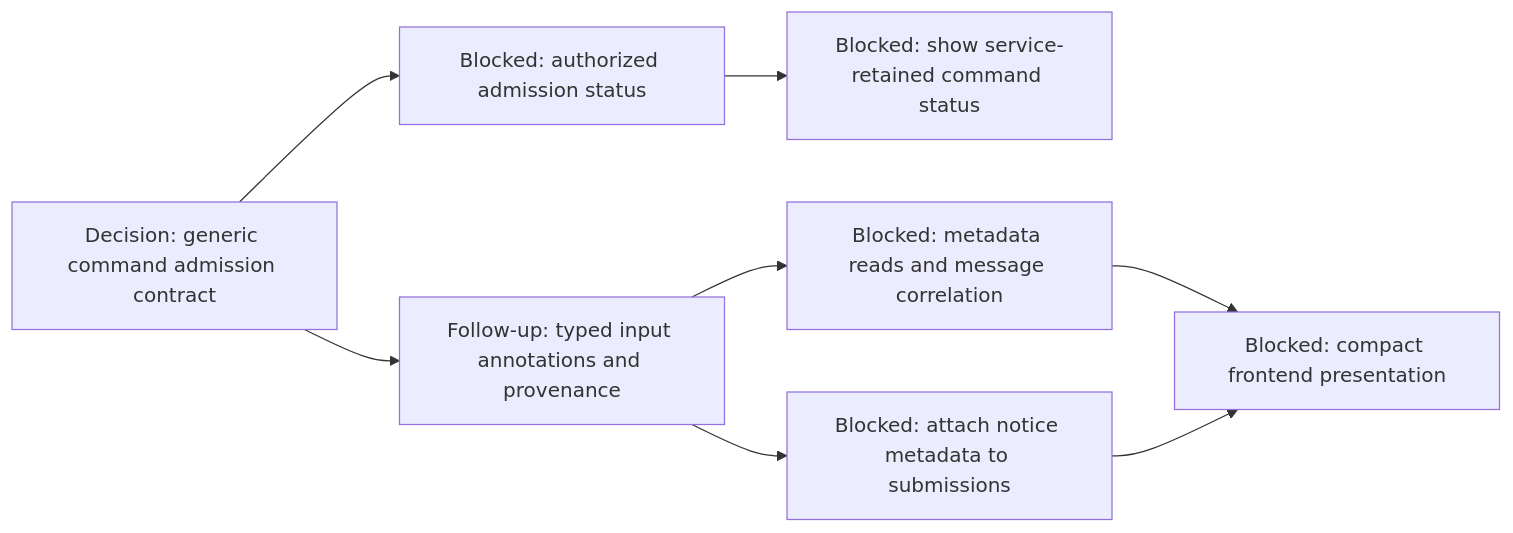
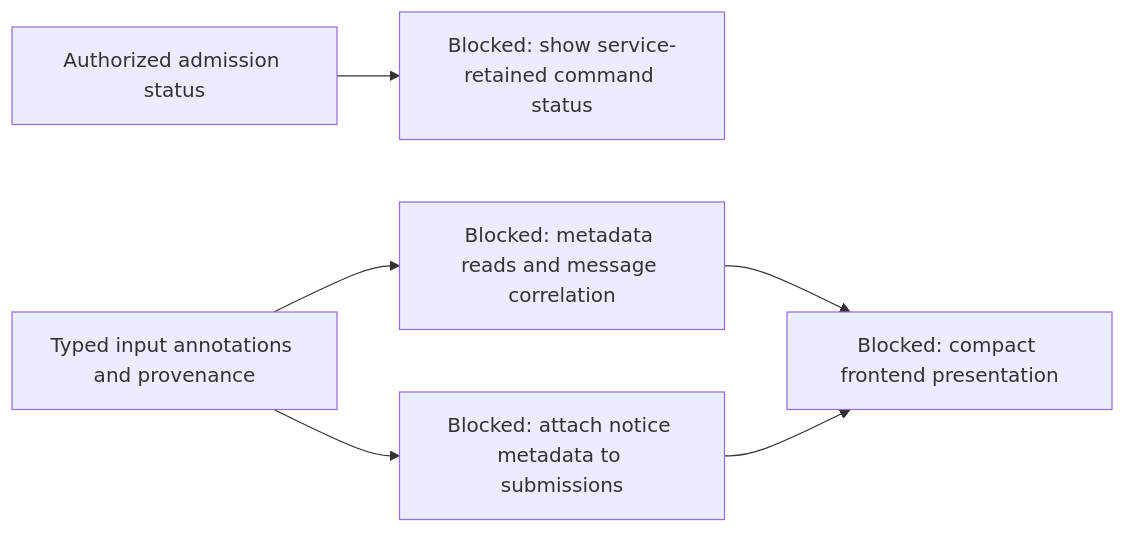
One commit to agentydragon-agent/ducktape changed the second of 11 diagrams in agentplane/plans/task_dag.md. Above: the diagram before and after it, drawn with Mermaid. The commit also changed other lines of this file and 15 other files, not shown here.

````diff
--- a/agentplane/plans/task_dag.md
+++ b/agentplane/plans/task_dag.md
@@ -45,17 +45,14 @@
 ```mermaid
 flowchart LR
-    SESSION_COMMAND_CONTRACT[Decision: generic command admission contract]
-    SESSION_COMMAND_STATUS_READ[Blocked: authorized admission status]
+    SESSION_COMMAND_STATUS_READ[Authorized admission status]
     SESSION_COMMAND_STATUS_UI[Blocked: show service-retained command status]
-    SESSION_INPUT_METADATA[Follow-up: typed input annotations and provenance]
+    SESSION_INPUT_METADATA[Typed input annotations and provenance]
     SESSION_INPUT_METADATA_READ[Blocked: metadata reads and message correlation]
     NOTIFICATION_NOTICE_METADATA[Blocked: attach notice metadata to submissions]
     NOTIFICATION_PRESENTATION[Blocked: compact frontend presentation]
-    SESSION_COMMAND_CONTRACT --> SESSION_COMMAND_STATUS_READ
     SESSION_COMMAND_STATUS_READ --> SESSION_COMMAND_STATUS_UI
-    SESSION_COMMAND_CONTRACT --> SESSION_INPUT_METADATA
     SESSION_INPUT_METADATA --> SESSION_INPUT_METADATA_READ
     SESSION_INPUT_METADATA --> NOTIFICATION_NOTICE_METADATA
     SESSION_INPUT_METADATA_READ --> NOTIFICATION_PRESENTATION
     NOTIFICATION_NOTICE_METADATA --> NOTIFICATION_PRESENTATION
 ```
````
